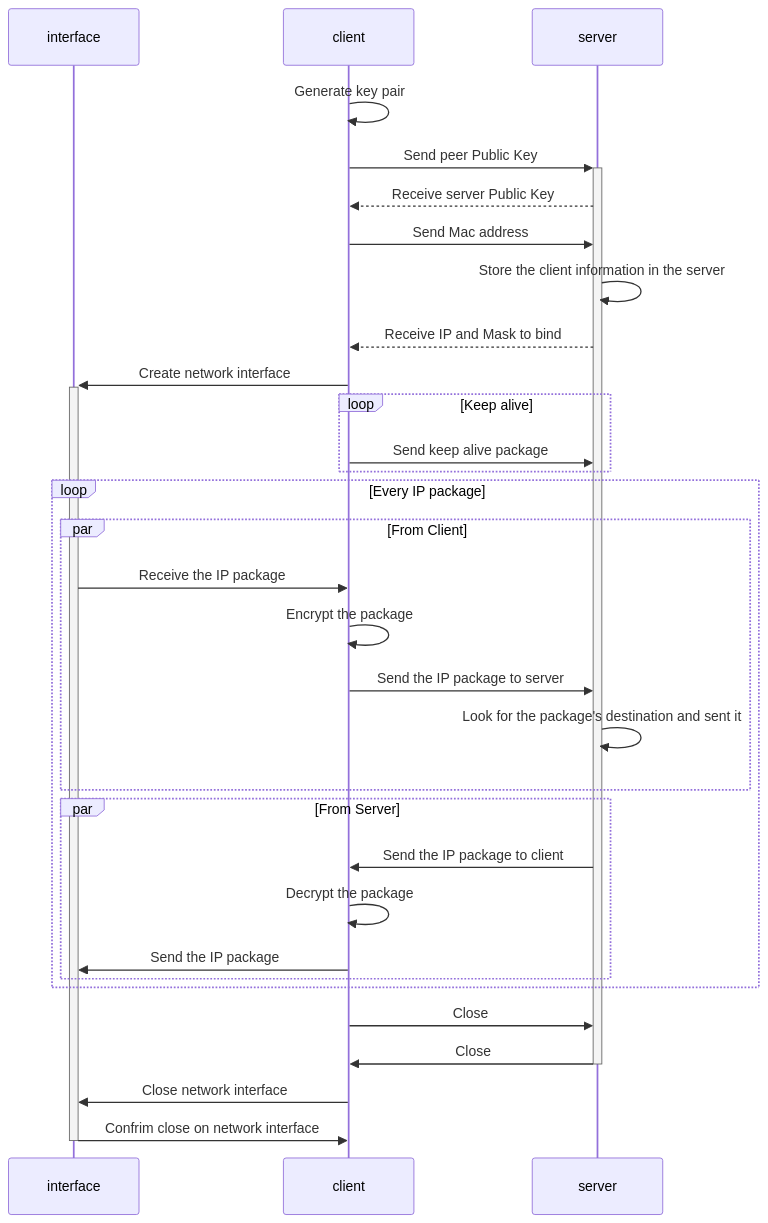
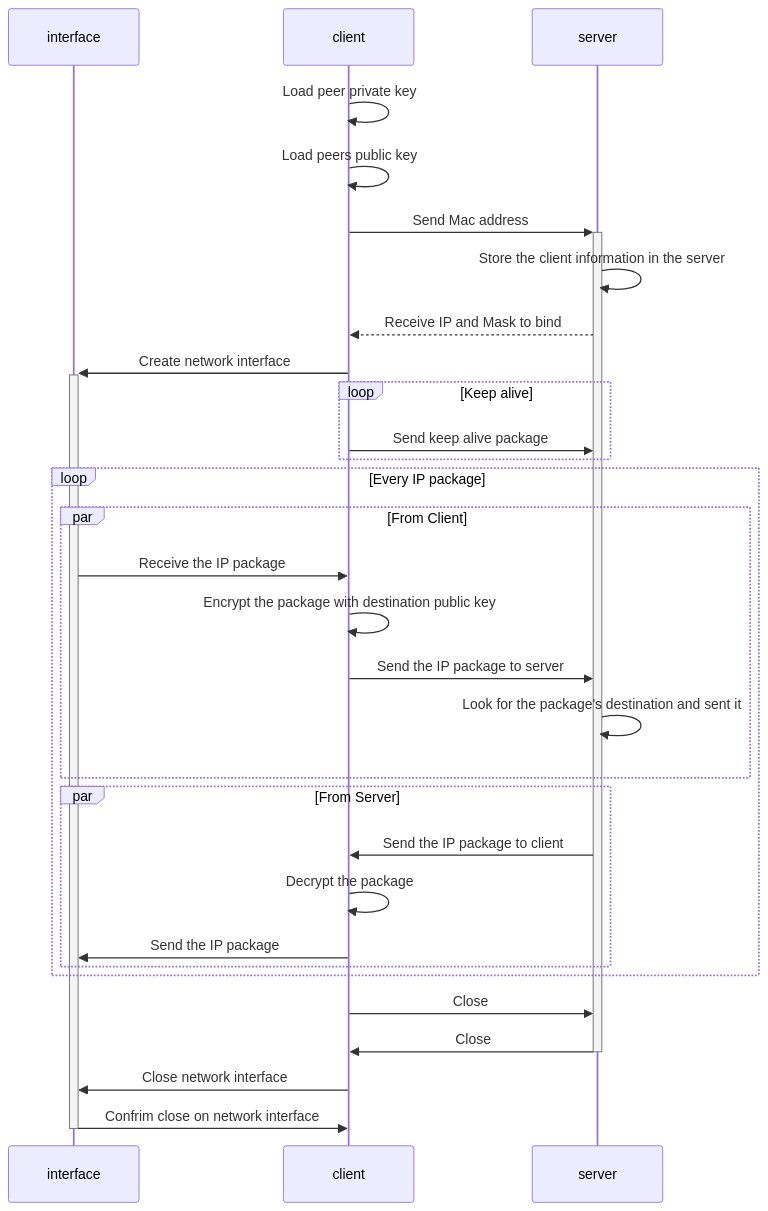
The diagram in README.md (henrybarreto/minivpn), drawn with Mermaid before and after one commit. The commit also changed 2 other files, not shown here.

Commit message:
Owbrlibt1CV1WgFq0le0djOBp7nIjp5YwqqLWK3Xapk=

````diff
--- a/README.md
+++ b/README.md
@@ -25,36 +25,35 @@
 ```mermaid
 sequenceDiagram
 participant interface
 participant client
 participant server
-client ->> client: Generate key pair
-client ->>+ server: Send peer Public Key
-server -->> client: Receive server Public Key
-client ->> server: Send Mac address
+client ->> client: Load peer private key
+client ->> client: Load peers public key
+client ->>+ server: Send Mac address
 server ->> server: Store the client information in the server
 server -->> client: Receive IP and Mask to bind
 client ->>+ interface: Create network interface
 
 loop Keep alive
     client ->> server: Send keep alive package
 end
 
 loop Every IP package
     par From Client
     interface ->> client: Receive the IP package
-    client ->> client: Encrypt the package
+    client ->> client: Encrypt the package with destination public key
     client ->> server: Send the IP package to server
     server ->> server: Look for the package's destination and sent it
     end
     par From Server
     server ->> client: Send the IP package to client
     client ->> client: Decrypt the package
     client ->> interface: Send the IP package
     end
 end
 
 client ->> server: Close
 server ->>- client: Close
 client ->> interface: Close network interface
 interface ->>- client: Confrim close on network interface
 ```
````
